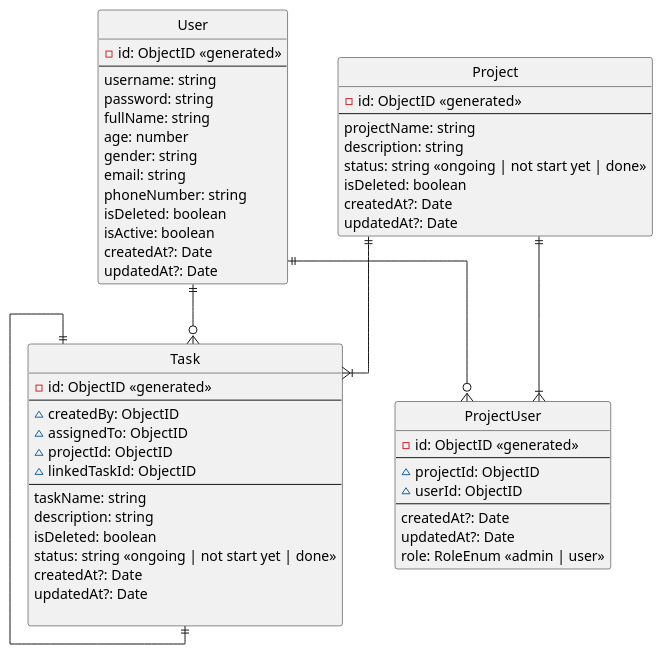
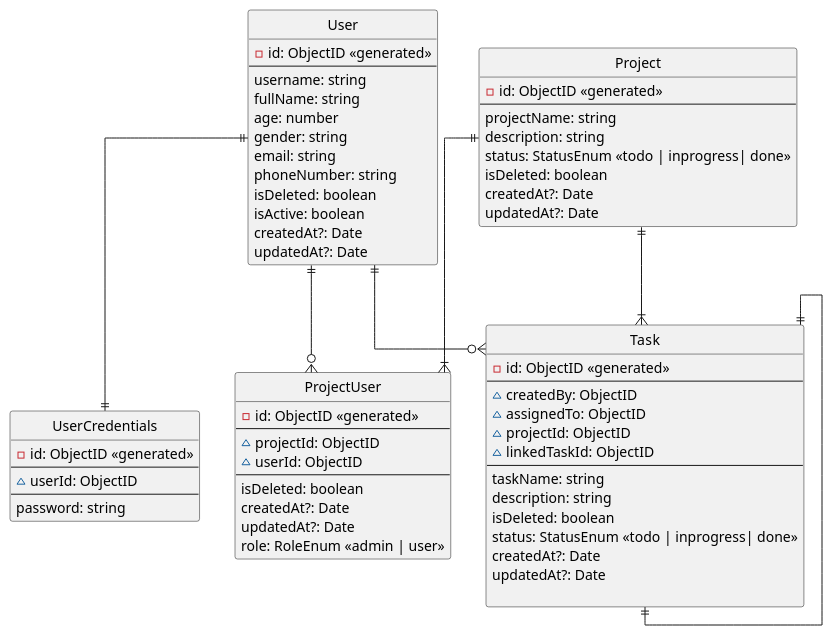
Before and after one commit to TchengNhuQuan/lb-test: the diagram in src/todolist_uml.puml, drawn with PlantUML. The commit also changed 4 other files, not shown here.

```diff
--- a/src/todolist_uml.puml
+++ b/src/todolist_uml.puml
@@ -1,75 +1,84 @@
 @startuml todolist_uml
 
 ' hide the spot
 hide circle
 
 ' avoid problems with angled crows feet
 skinparam linetype ortho
     entity "User" as  user{
         -id: ObjectID <<generated>>
         --
         username: string
-        password: string
         fullName: string
         age: number
         gender: string
         email: string
         phoneNumber: string
         isDeleted: boolean
         isActive: boolean
         createdAt?: Date
         updatedAt?: Date
     }
 
+    entity "UserCredentials" as userCredentials {
+        -id: ObjectID <<generated>>
+        --
+        ~userId: ObjectID
+        --
+        password: string
+    }
+
     entity "Project" as project {
         -id: ObjectID <<generated>>
         --
         projectName: string
         description: string
-        status: string <<ongoing | not start yet | done>>
+        status: StatusEnum <<todo | inprogress| done>>
         isDeleted: boolean
         createdAt?: Date
         updatedAt?: Date
     }
 
     entity "Task" as task {
         -id: ObjectID <<generated>>
         --
         ~createdBy: ObjectID
         ~assignedTo: ObjectID
         ~projectId: ObjectID
         ~linkedTaskId: ObjectID
         --
         taskName: string
         description: string
         isDeleted: boolean
-        status: string <<ongoing | not start yet | done>>
+        status: StatusEnum <<todo | inprogress| done>>
         createdAt?: Date
         updatedAt?: Date
 
     }
 
     entity "ProjectUser" as projectUser {
         -id: ObjectID <<generated>>
         --
         ~projectId: ObjectID
         ~userId: ObjectID
         --
+        isDeleted: boolean
         createdAt?: Date
         updatedAt?: Date
         role: RoleEnum <<admin | user>>
         '   RoleEnum {
         '   ADMIN = 'admin',
         '   USER = 'user',
         ' }
     }
 
     user ||--o{ projectUser
     user ||--o{ task
+    user ||--|| userCredentials
 
     project ||--|{ projectUser
     project ||--|{ task
 
     task ||--|| task
 
 @enduml
```
